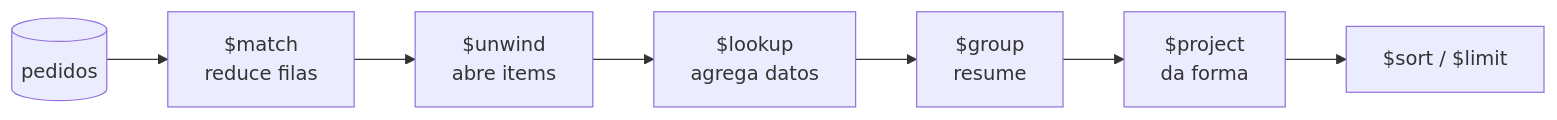
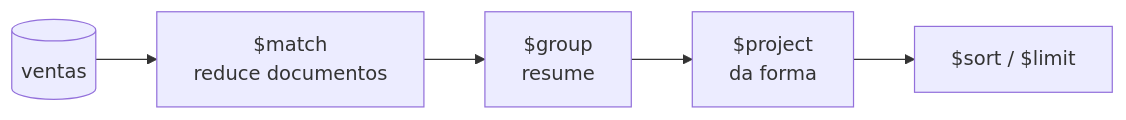
One commit to unlam-informatica/unlam-informatica.github.io changed the second of 2 diagrams in src/content/docs/bbdd-aplicadas/unidad-4/teoria/guia-parcial.md. Above: the diagram before and after it, drawn with Mermaid. The commit also changed other lines of this file and 100 other files, not shown here.

````diff
--- a/src/content/docs/bbdd-aplicadas/unidad-4/teoria/guia-parcial.md
+++ b/src/content/docs/bbdd-aplicadas/unidad-4/teoria/guia-parcial.md
@@ -82,9 +123,7 @@
 ```mermaid
 flowchart LR
-    A[(pedidos)] --> B[$match<br/>reduce filas]
-    B --> C[$unwind<br/>abre items]
-    C --> D[$lookup<br/>agrega datos]
-    D --> E[$group<br/>resume]
-    E --> F[$project<br/>da forma]
-    F --> G[$sort / $limit]
+    A[(ventas)] --> B["$match<br/>reduce documentos"]
+    B --> C["$group<br/>resume"]
+    C --> D["$project<br/>da forma"]
+    D --> E["$sort / $limit"]
 ```
````
